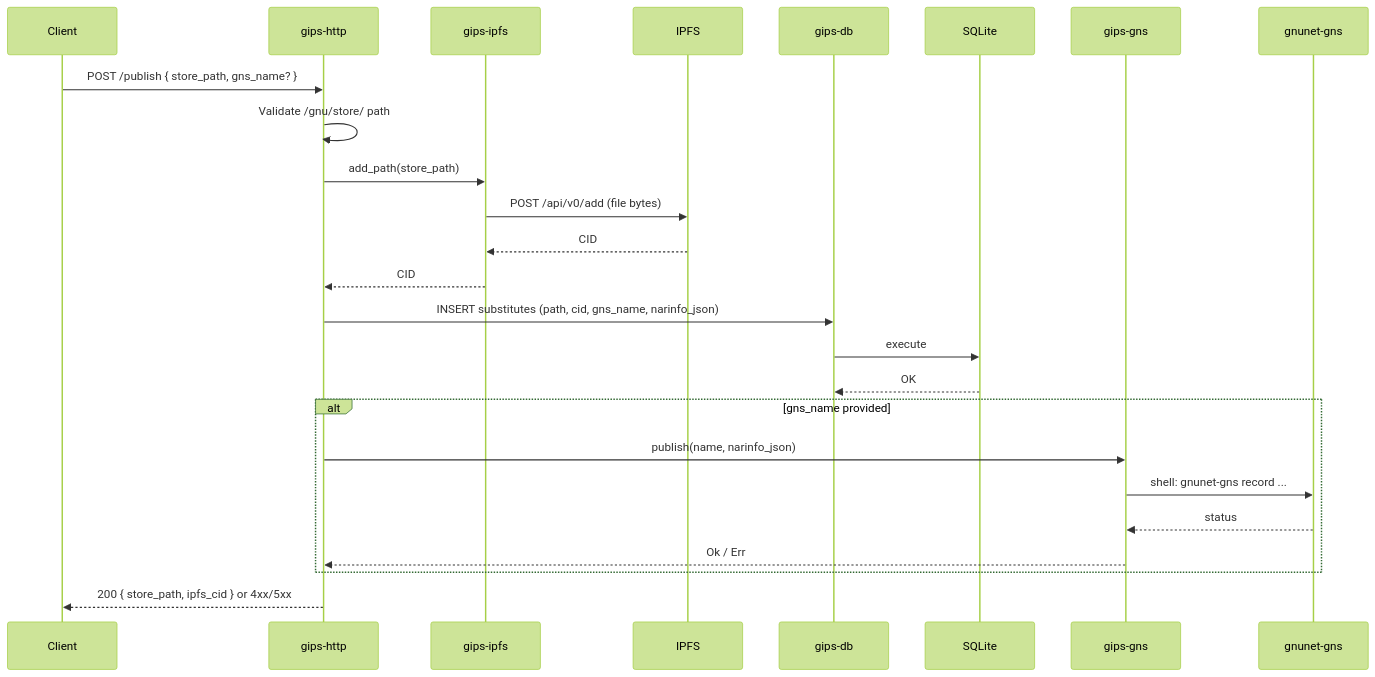
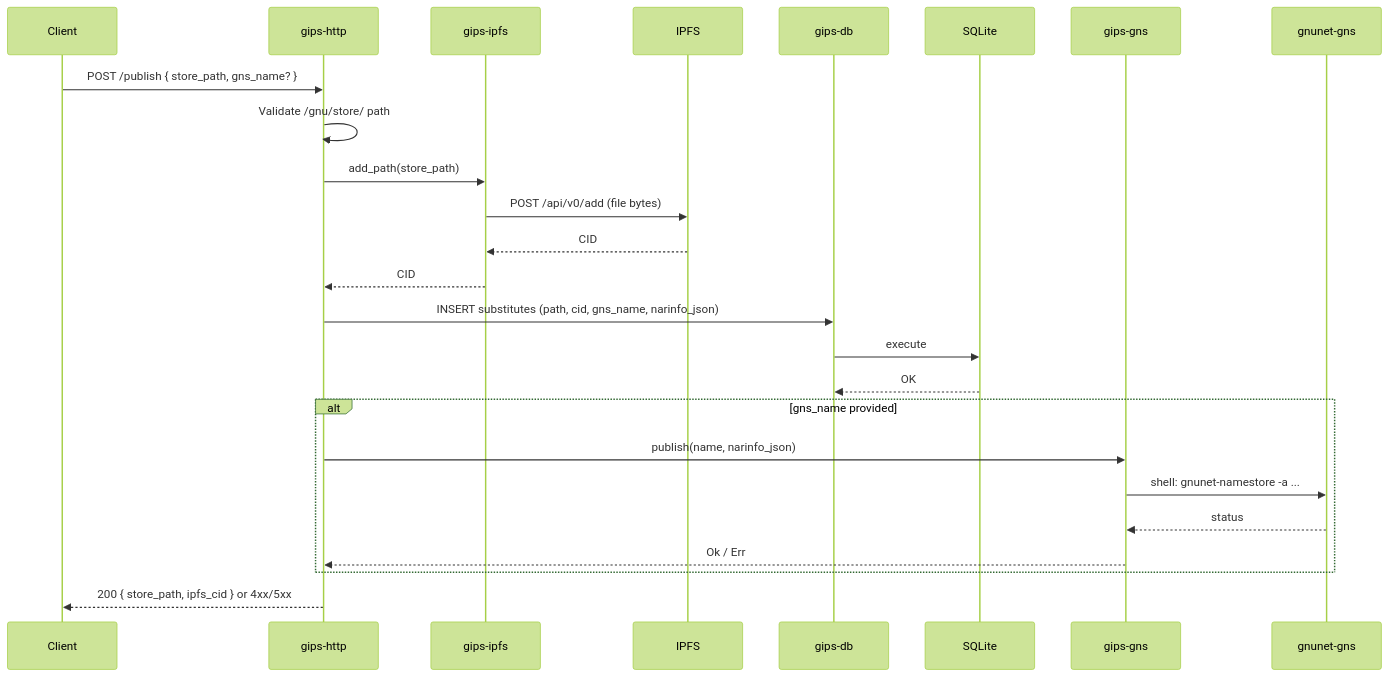
One commit to durantschoon/guix-platform-install changed the third of 5 diagrams in gips/docs/architecture.md. Above: the diagram before and after it, drawn with Mermaid (forest theme). The commit also changed 7 other files, not shown here.

Commit message:
[stage-16] fix: implement GNS discovery with gnunet-namestore

````diff
--- a/gips/docs/architecture.md
+++ b/gips/docs/architecture.md
@@ -93,28 +93,28 @@
 ```mermaid
 sequenceDiagram
     participant Client
     participant gips_http as gips-http
     participant gips_ipfs as gips-ipfs
     participant IPFS
     participant gips_db as gips-db
     participant DB as SQLite
     participant gips_gns as gips-gns
     participant GNS as gnunet-gns
 
     Client->>gips_http: POST /publish { store_path, gns_name? }
     gips_http->>gips_http: Validate /gnu/store/ path
     gips_http->>gips_ipfs: add_path(store_path)
     gips_ipfs->>IPFS: POST /api/v0/add (file bytes)
     IPFS-->>gips_ipfs: CID
     gips_ipfs-->>gips_http: CID
     gips_http->>gips_db: INSERT substitutes (path, cid, gns_name, narinfo_json)
     gips_db->>DB: execute
     DB-->>gips_db: OK
     alt gns_name provided
         gips_http->>gips_gns: publish(name, narinfo_json)
-        gips_gns->>GNS: shell: gnunet-gns record ...
+        gips_gns->>GNS: shell: gnunet-namestore -a ...
         GNS-->>gips_gns: status
         gips_gns-->>gips_http: Ok / Err
     end
     gips_http-->>Client: 200 { store_path, ipfs_cid } or 4xx/5xx
 ```
````
